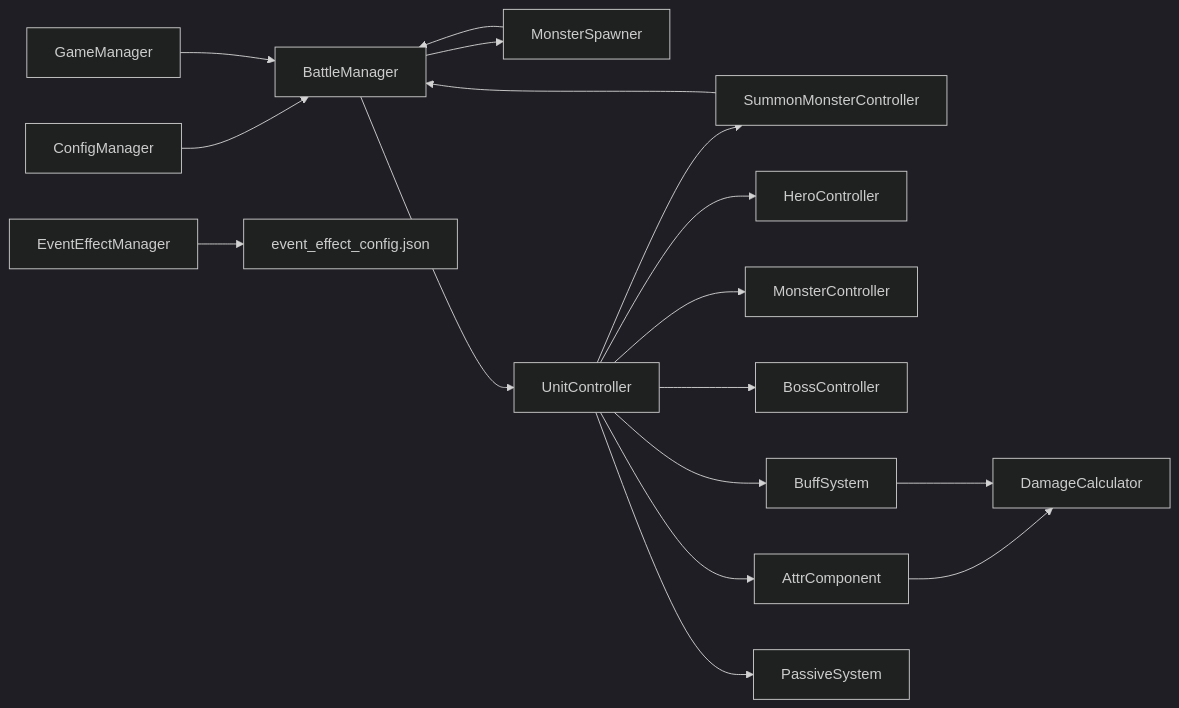
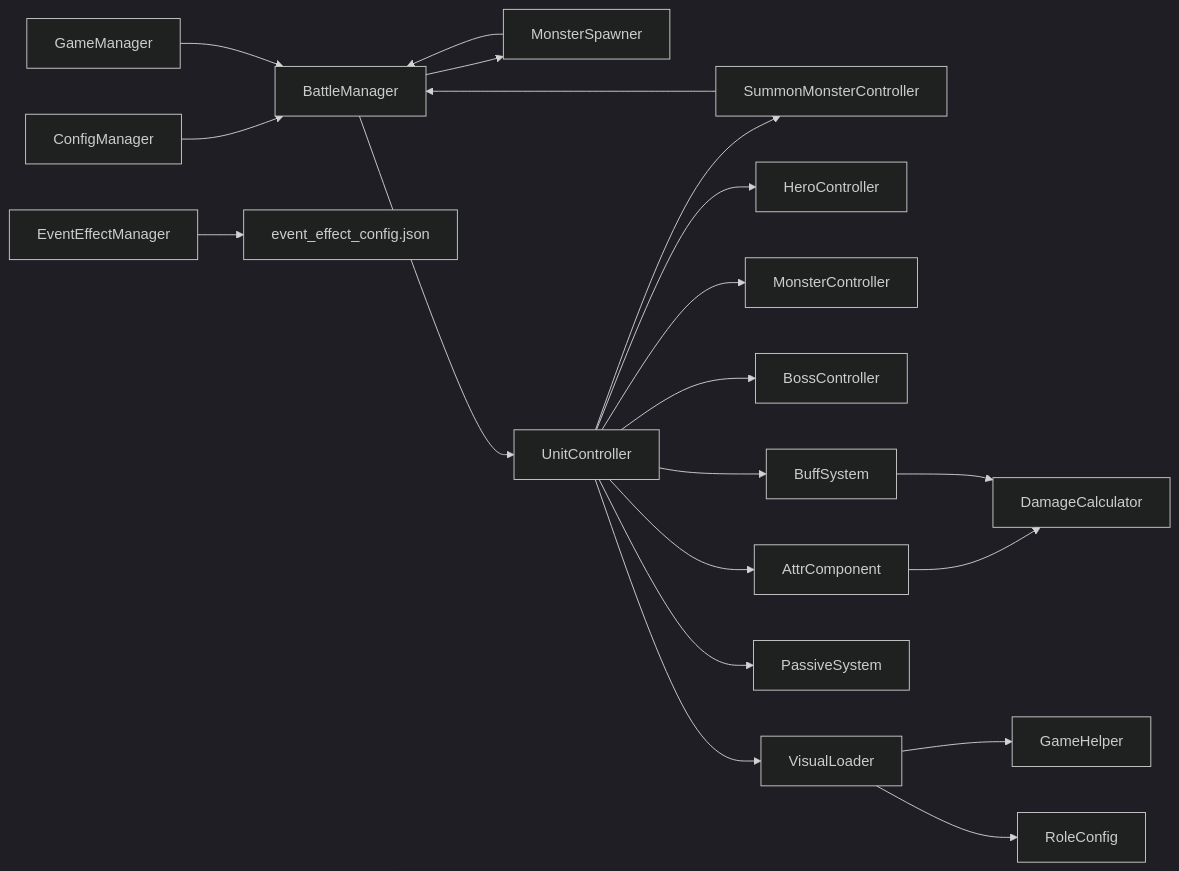
Diagram 11 of 11 in .qoder/repowiki/zh/content/战斗系统/战斗系统.md (Tuusen/p1_client), drawn with Mermaid (dark theme) before and after one commit. The commit also changed other lines of this file and 5 other files, not shown here.

````diff
--- a/.qoder/repowiki/zh/content/战斗系统/战斗系统.md
+++ b/.qoder/repowiki/zh/content/战斗系统/战斗系统.md
@@ -559,19 +687,22 @@
 ```mermaid
 graph LR
 CM["ConfigManager"] --> BM["BattleManager"]
 GM["GameManager"] --> BM
 SM["StoryManager"] --> BM
 BM --> MS["MonsterSpawner"]
 BM --> UC["UnitController"]
 UC --> HC["HeroController"]
 UC --> MC["MonsterController"]
 UC --> BC["BossController"]
 UC --> SM["SummonMonsterController"]
 UC --> AC["AttrComponent"]
 UC --> BS["BuffSystem"]
 UC --> PS["PassiveSystem"]
+UC --> VL["VisualLoader"]
+VL --> GH["GameHelper"]
+VL --> RC["RoleConfig"]
 MS --> BM
 AC --> DC["DamageCalculator"]
 BS --> DC
 EEM["EventEffectManager"] --> EEConfig["event_effect_config.json"]
 ```
````
